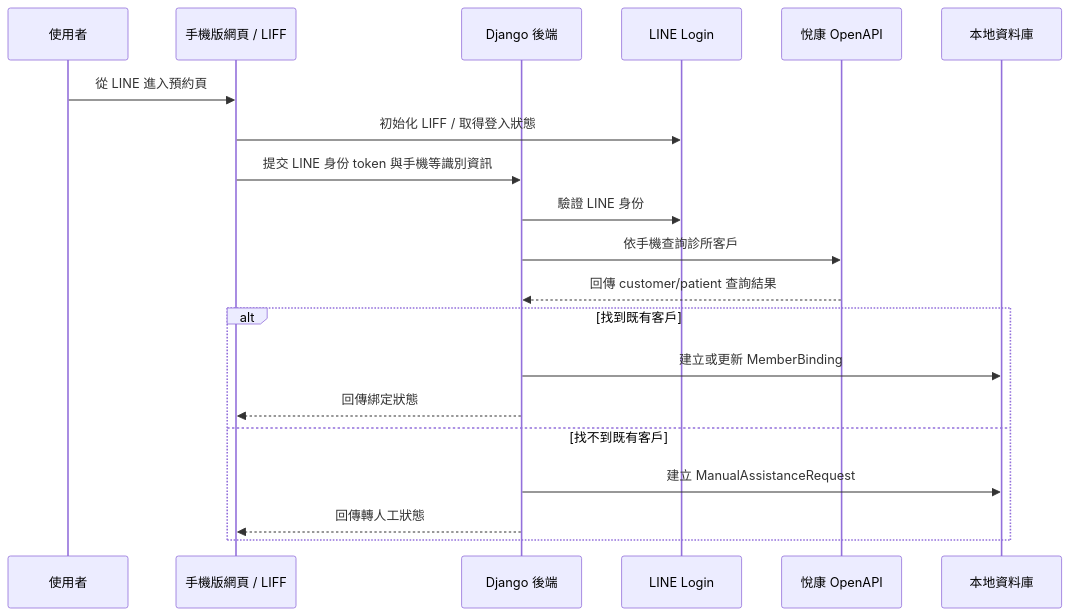
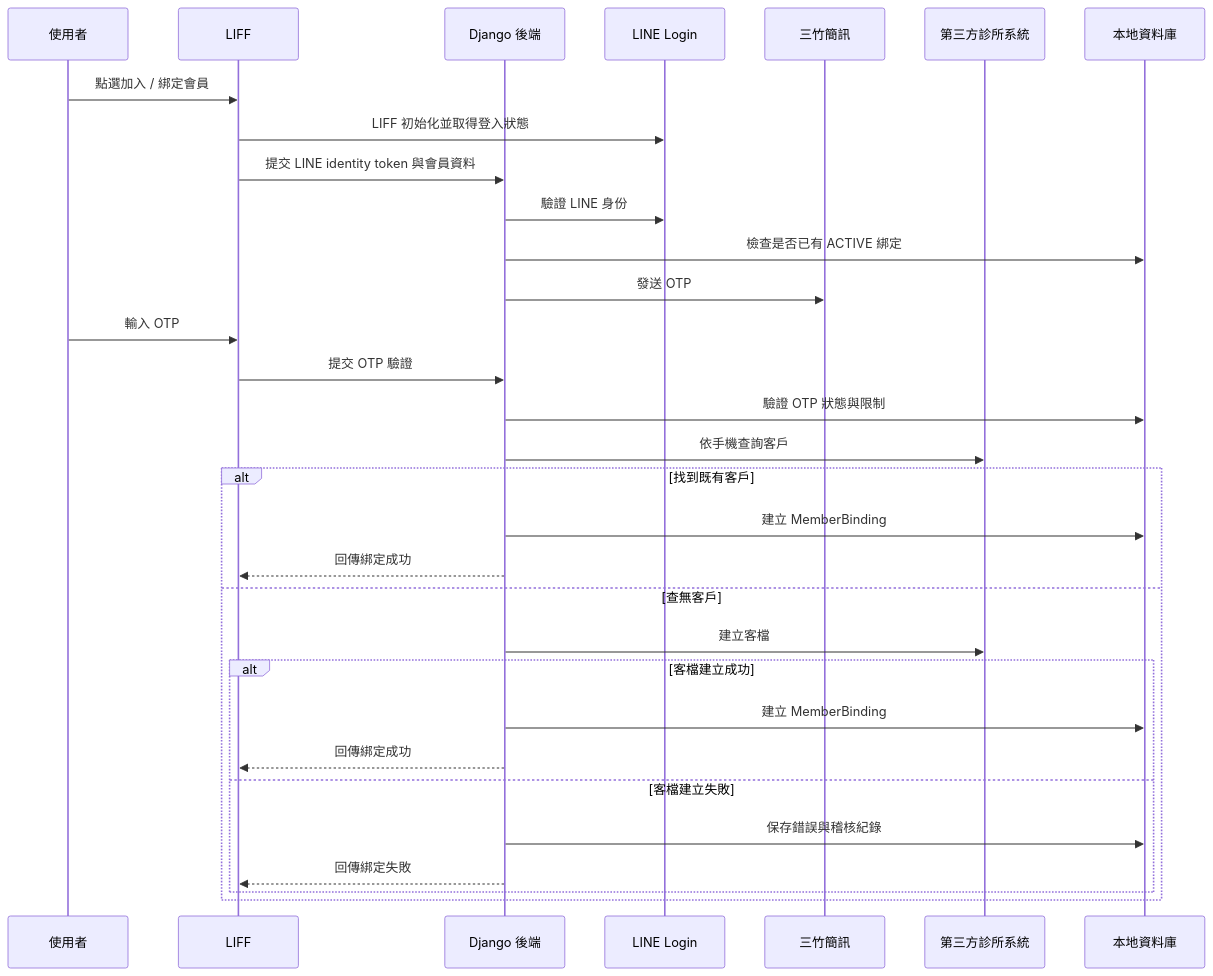
Before and after one commit to AlvinAYYE/case0003_temp: the third of 7 diagrams in docs/high-level-design.md, drawn with Mermaid. The commit also changed other lines of this file and 18 other files, not shown here.

````diff
--- a/docs/high-level-design.md
+++ b/docs/high-level-design.md
@@ -342,23 +390,34 @@
 ```mermaid
 sequenceDiagram
     participant U as 使用者
-    participant W as 手機版網頁 / LIFF
+    participant W as LIFF
     participant B as Django 後端
     participant L as LINE Login
-    participant Y as 悅康 OpenAPI
+    participant S as 三竹簡訊
+    participant C as 第三方診所系統
     participant DB as 本地資料庫
 
-    U->>W: 從 LINE 進入預約頁
-    W->>L: 初始化 LIFF / 取得登入狀態
-    W->>B: 提交 LINE 身份 token 與手機等識別資訊
+    U->>W: 點選加入 / 綁定會員
+    W->>L: LIFF 初始化並取得登入狀態
+    W->>B: 提交 LINE identity token 與會員資料
     B->>L: 驗證 LINE 身份
-    B->>Y: 依手機查詢診所客戶
-    Y-->>B: 回傳 customer/patient 查詢結果
+    B->>DB: 檢查是否已有 ACTIVE 綁定
+    B->>S: 發送 OTP
+    U->>W: 輸入 OTP
+    W->>B: 提交 OTP 驗證
+    B->>DB: 驗證 OTP 狀態與限制
+    B->>C: 依手機查詢客戶
     alt 找到既有客戶
-        B->>DB: 建立或更新 MemberBinding
-        B-->>W: 回傳綁定狀態
-    else 找不到既有客戶
-        B->>DB: 建立 ManualAssistanceRequest
-        B-->>W: 回傳轉人工狀態
+        B->>DB: 建立 MemberBinding
+        B-->>W: 回傳綁定成功
+    else 查無客戶
+        B->>C: 建立客檔
+        alt 客檔建立成功
+            B->>DB: 建立 MemberBinding
+            B-->>W: 回傳綁定成功
+        else 客檔建立失敗
+            B->>DB: 保存錯誤與稽核紀錄
+            B-->>W: 回傳綁定失敗
+        end
     end
 ```
````
